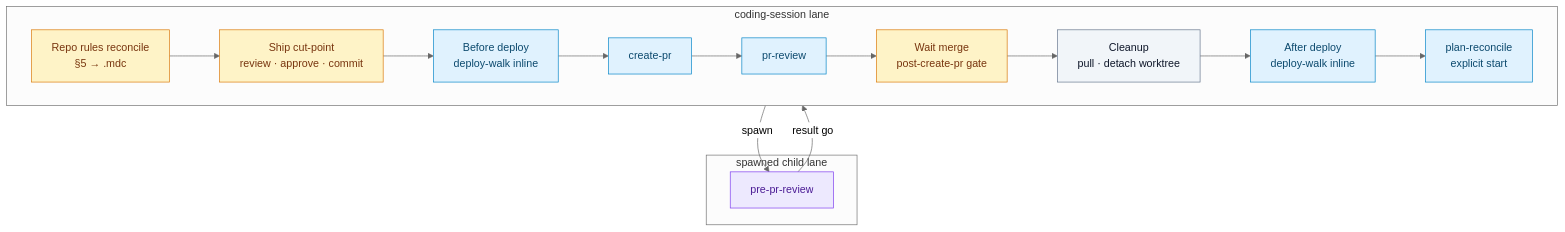
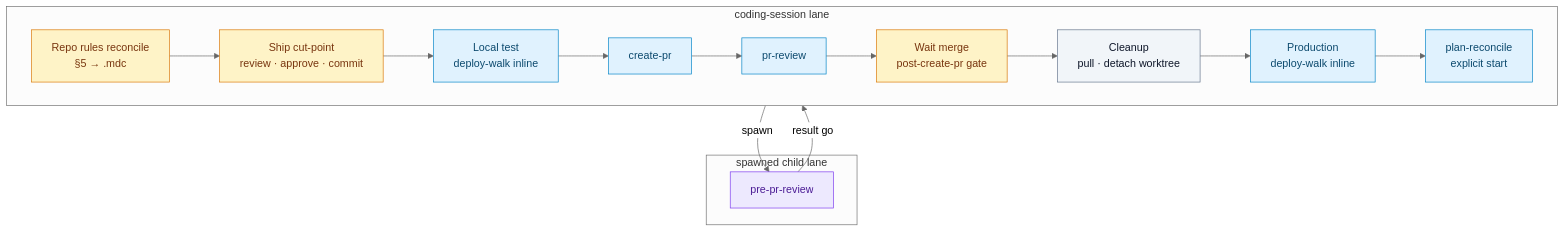
Before and after one commit to sedea-tapcart/research-and-development: the diagram in missions/plan-and-deliver/skills/coding-session/SKILL.md, drawn with Mermaid (neutral theme). The commit also changed other lines of this file and 16 other files, not shown here.

Commit message:
Standardized deploy walk nomenclature to Local test, Staging test, and Production across R&D missions and skills.

````diff
--- a/missions/plan-and-deliver/skills/coding-session/SKILL.md
+++ b/missions/plan-and-deliver/skills/coding-session/SKILL.md
@@ -749,29 +749,29 @@
 ```mermaid
 flowchart TB
   classDef inline fill:#e0f2fe,stroke:#0284c7,color:#0c4a6e
   classDef spawn fill:#ede9fe,stroke:#7c3aed,color:#4c1d95
   classDef gate fill:#fef3c7,stroke:#d97706,color:#78350f
   classDef proc fill:#f1f5f9,stroke:#64748b,color:#0f172a
 
   subgraph CS["coding-session lane"]
     direction LR
     RRC["Repo rules reconcile<br/>§5 → .mdc"]:::gate
     CUT["Ship cut-point<br/>review · approve · commit"]:::gate
-    BDW["Before deploy<br/>deploy-walk inline"]:::inline
+    BDW["Local test<br/>deploy-walk inline"]:::inline
     CPR["create-pr"]:::inline
     PRV["pr-review"]:::inline
     WAIT["Wait merge<br/>post-create-pr gate"]:::gate
     PMC["Cleanup<br/>pull · detach worktree"]:::proc
-    ADW["After deploy<br/>deploy-walk inline"]:::inline
+    ADW["Production<br/>deploy-walk inline"]:::inline
     REC["plan-reconcile<br/>explicit start"]:::inline
     RRC --> CUT --> BDW --> CPR
     CPR --> PRV --> WAIT --> PMC --> ADW --> REC
   end
 
   subgraph CHILD["spawned child lane"]
     PPR["pre-pr-review"]:::spawn
   end
 
   BDW -->|spawn| PPR
   PPR -->|result go| CPR
 ```
````
